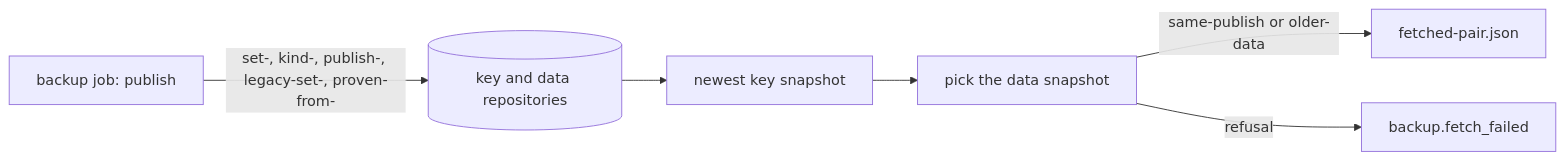
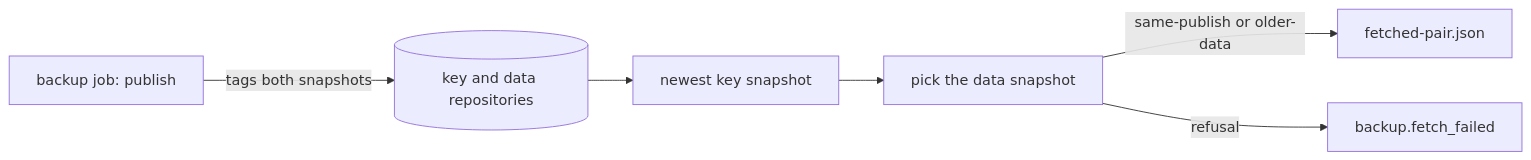
The diagram in docs/architecture/deployment/backup-pair.md (zgeoff/nixie), drawn with Mermaid before and after one commit. The commit also changed other lines of this file and 5 other files, not shown here.

````diff
--- a/docs/architecture/deployment/backup-pair.md
+++ b/docs/architecture/deployment/backup-pair.md
@@ -10,8 +11,8 @@
 ```mermaid
 flowchart LR
-  publish[backup job: publish] -->|"set-, kind-, publish-, legacy-set-, proven-from-"| repos[(key and data repositories)]
+  publish[backup job: publish] -->|"tags both snapshots"| repos[(key and data repositories)]
   repos --> newest[newest key snapshot]
   newest --> pick[pick the data snapshot]
   pick -->|"same-publish or older-data"| file[fetched-pair.json]
   pick -->|"refusal"| fail[backup.fetch_failed]
 ```
````
